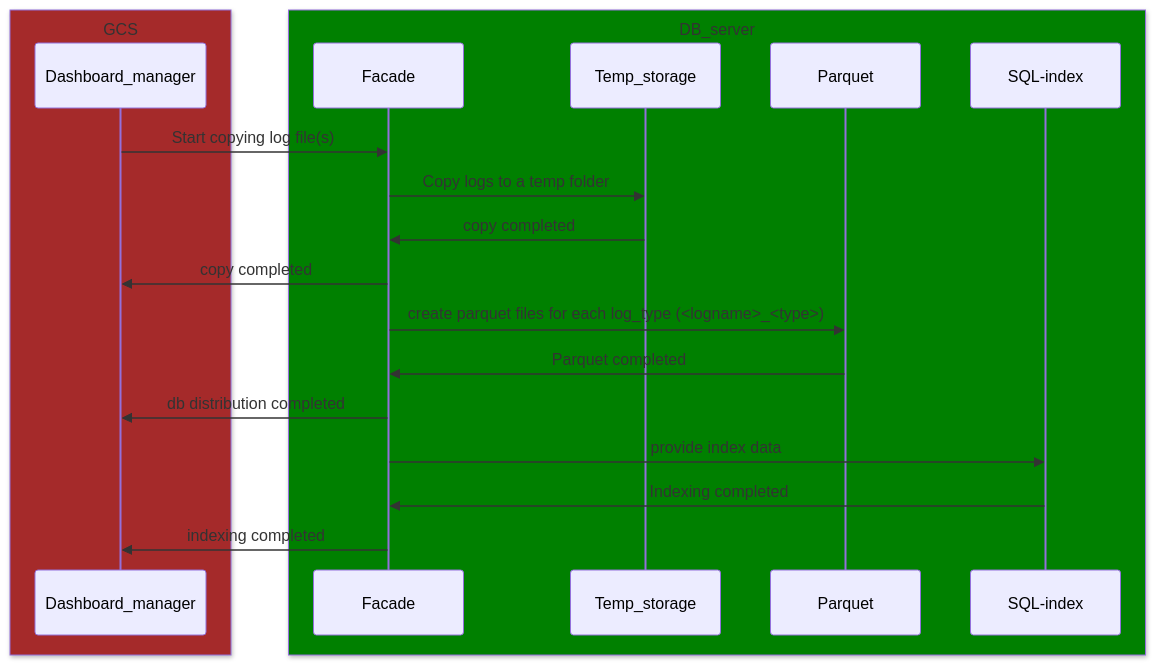
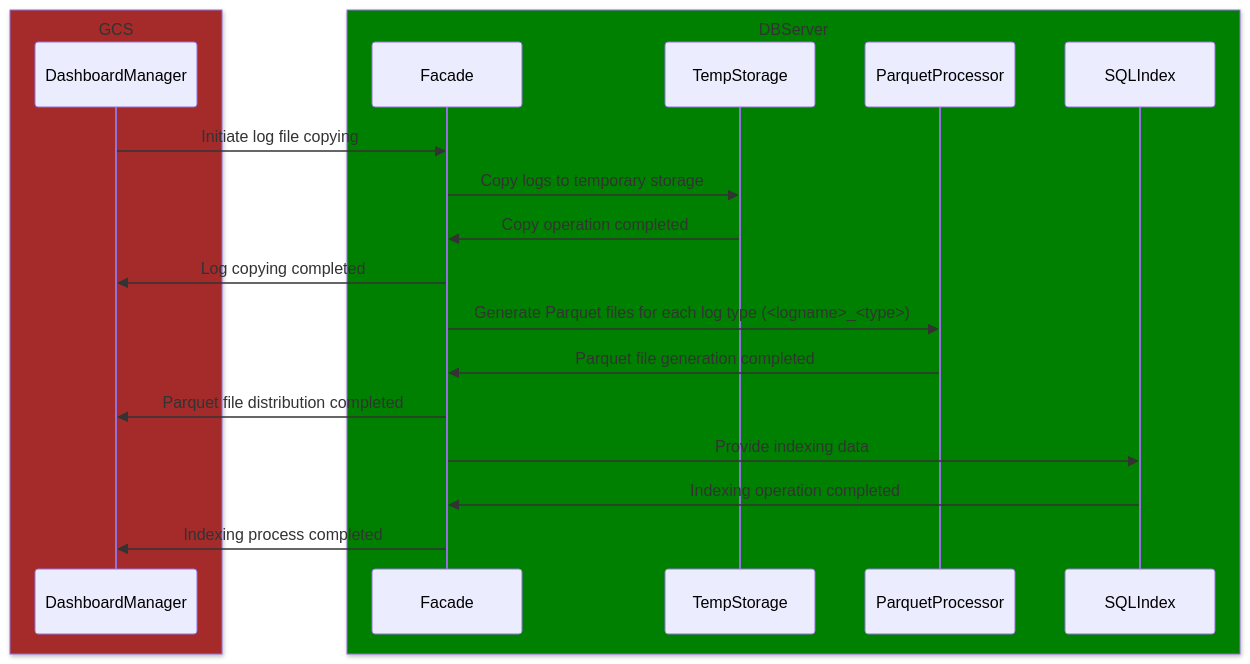
The diagram in README.md (ckpradip/ardulog_dashboard), drawn with Mermaid before and after one commit.

Commit message:
English changes

````diff
--- a/README.md
+++ b/README.md
@@ -5,23 +5,23 @@
 ```mermaid
 sequenceDiagram
     box Brown GCS
-        participant Dashboard_manager
+        participant DashboardManager
     end
-    box Green DB_server
+    box Green DBServer
         participant Facade
-        participant Temp_storage
-        participant Parquet
-        participant SQL-index
+        participant TempStorage
+        participant ParquetProcessor
+        participant SQLIndex
     end
 
-    Dashboard_manager->>Facade: Start copying log file(s)
-    Facade->>Temp_storage: Copy logs to a temp folder
-    Temp_storage->>Facade: copy completed
-    Facade->>Dashboard_manager: copy completed
-    Facade->>Parquet: create parquet files for each log_type (<logname>_<type>)
-    Parquet->>Facade: Parquet completed
-    Facade->>Dashboard_manager: db distribution completed
-    Facade->>SQL-index: provide index data
-    SQL-index->>Facade: Indexing completed
-    Facade->>Dashboard_manager: indexing completed
+    DashboardManager->>Facade: Initiate log file copying
+    Facade->>TempStorage: Copy logs to temporary storage
+    TempStorage->>Facade: Copy operation completed
+    Facade->>DashboardManager: Log copying completed
+    Facade->>ParquetProcessor: Generate Parquet files for each log type (<logname>_<type>)
+    ParquetProcessor->>Facade: Parquet file generation completed
+    Facade->>DashboardManager: Parquet file distribution completed
+    Facade->>SQLIndex: Provide indexing data
+    SQLIndex->>Facade: Indexing operation completed
+    Facade->>DashboardManager: Indexing process completed
 ```
````
